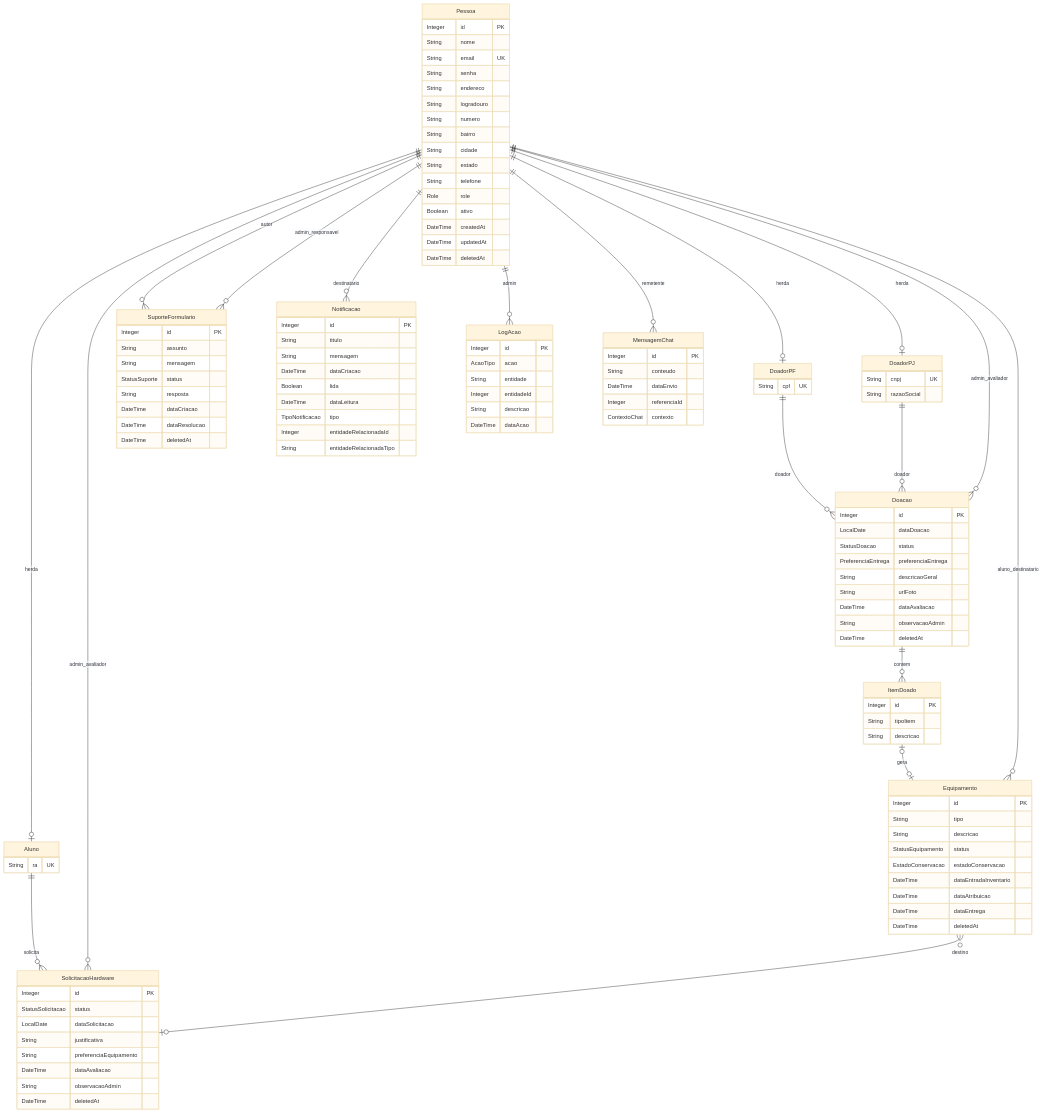
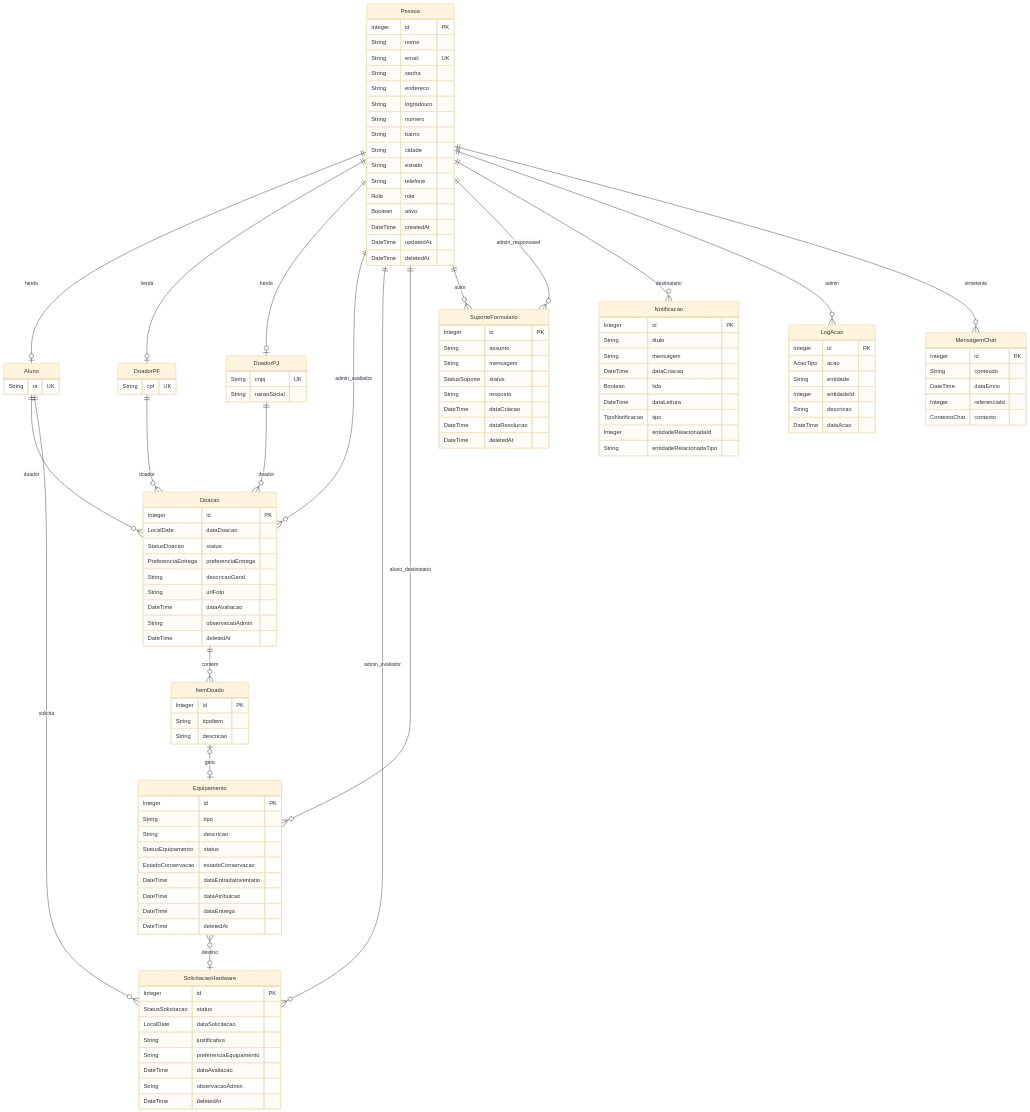
One commit to JoaoPedroCampanari/DoaTec changed the diagram in mermaid.md. Above: the diagram before and after it, drawn with Mermaid (base theme).

Commit message:
Add Aluno as doador in ERD — students can also donate

```diff
--- a/mermaid.md
+++ b/mermaid.md
@@ -59,6 +59,7 @@
 
     DoadorPF ||--o{ Doacao : "doador"
     DoadorPJ ||--o{ Doacao : "doador"
+    Aluno ||--o{ Doacao : "doador"
     Pessoa ||--o{ Doacao : "admin_avaliador"
     Doacao ||--o{ ItemDoado : "contem"
 
```
